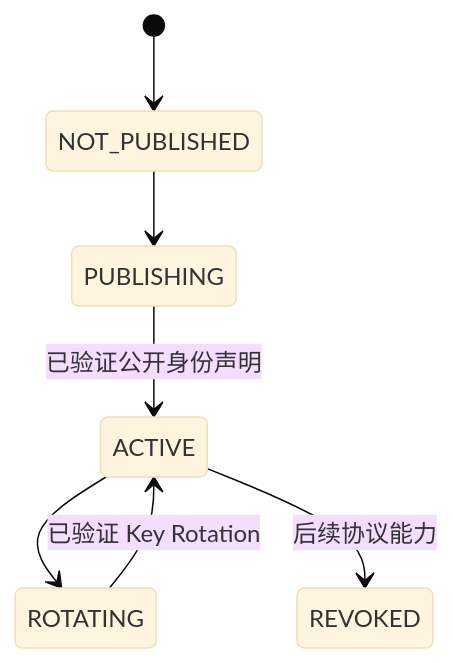
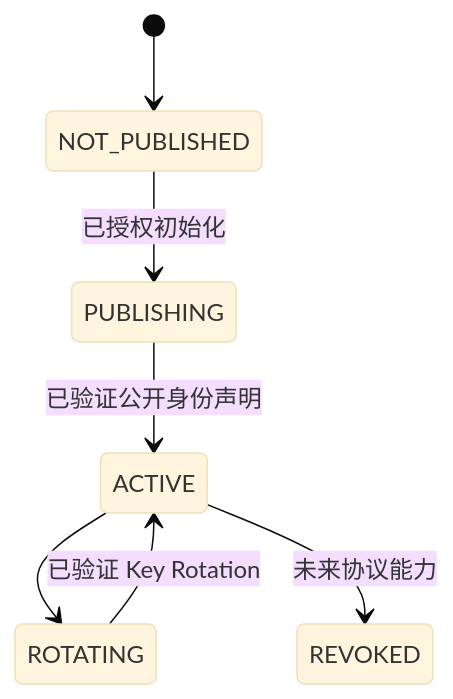
One commit to metanet4j/ownword-harness changed the first of 2 diagrams in _task/system-design/spec/domain/identity/领域设计-Identity-v0.4.0-20261117-175100.md. Above: the diagram before and after it, drawn with Mermaid (base theme). The commit also changed other lines of this file, not shown here.

```diff
--- a/_task/system-design/spec/domain/identity/领域设计-Identity-v0.4.0-20261117-175100.md
+++ b/_task/system-design/spec/domain/identity/领域设计-Identity-v0.4.0-20261117-175100.md
@@ -83,9 +105,9 @@
 ~~~mermaid
 stateDiagram-v2
   [*] --> NOT_PUBLISHED
-  NOT_PUBLISHED --> PUBLISHING
+  NOT_PUBLISHED --> PUBLISHING: 已授权初始化
   PUBLISHING --> ACTIVE: 已验证公开身份声明
   ACTIVE --> ROTATING
   ROTATING --> ACTIVE: 已验证 Key Rotation
-  ACTIVE --> REVOKED: 后续协议能力
+  ACTIVE --> REVOKED: 未来协议能力
 ~~~
```
